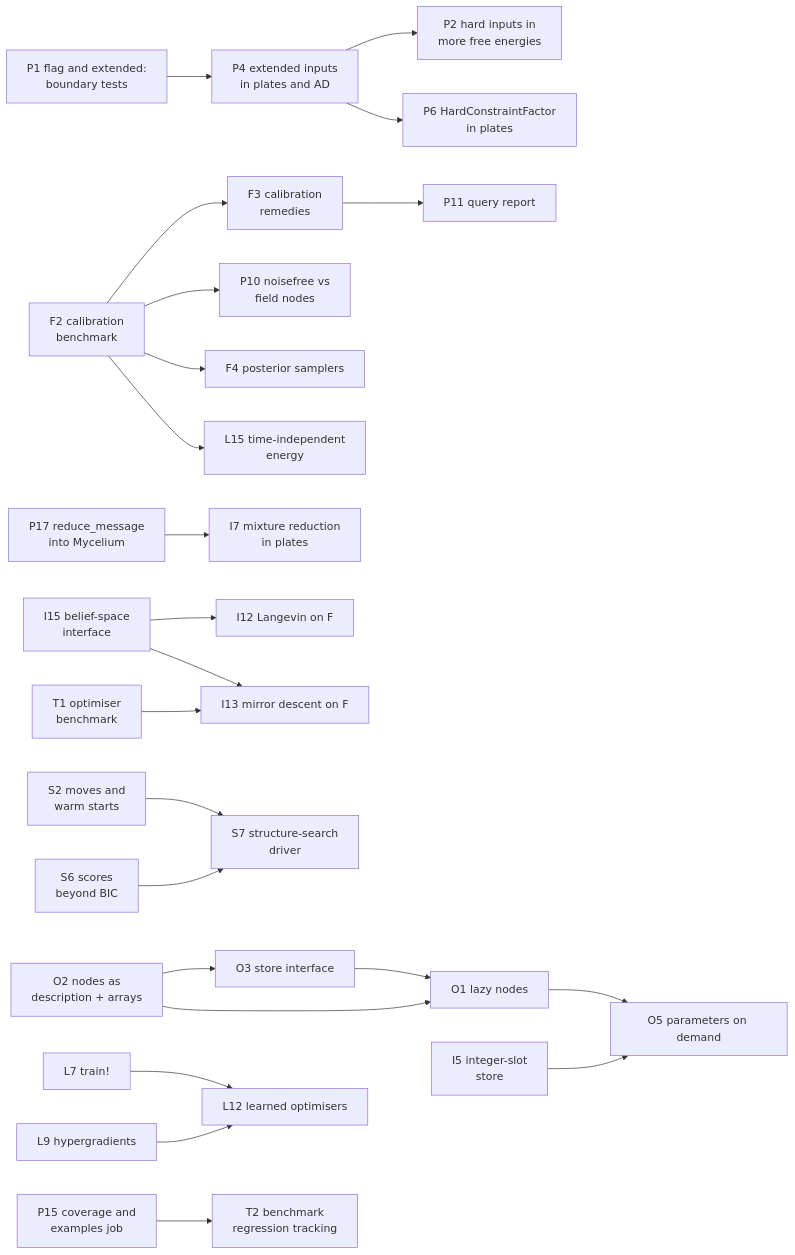
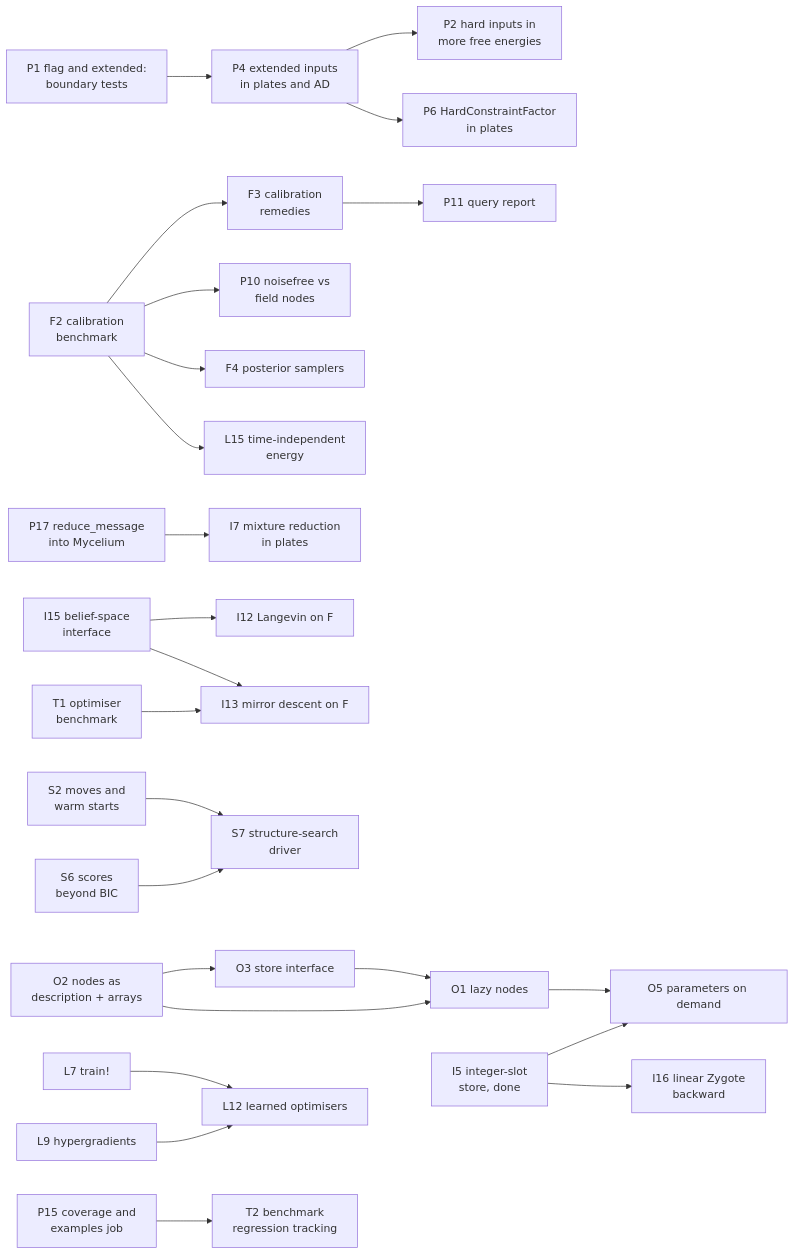
The diagram in vault/Project/Feature Backlog.md (MathStruct/Lenticulum.jl), drawn with Mermaid before and after one commit. The commit also changed other lines of this file and 14 other files, not shown here.

````diff
--- a/vault/Project/Feature Backlog.md
+++ b/vault/Project/Feature Backlog.md
@@ -25,25 +25,26 @@
 ```mermaid
 graph LR
   P1[P1 flag and extended:<br/>boundary tests] --> P4[P4 extended inputs<br/>in plates and AD]
   P4 --> P2[P2 hard inputs in<br/>more free energies]
   P4 --> P6[P6 HardConstraintFactor<br/>in plates]
   F2[F2 calibration<br/>benchmark] --> F3[F3 calibration<br/>remedies]
   F3 --> P11[P11 query report]
   F2 --> P10[P10 noisefree vs<br/>field nodes]
   F2 --> F4[F4 posterior samplers]
   F2 --> L15[L15 time-independent<br/>energy]
   P17[P17 reduce_message<br/>into Mycelium] --> I7[I7 mixture reduction<br/>in plates]
   I15[I15 belief-space<br/>interface] --> I12[I12 Langevin on F]
   I15 --> I13[I13 mirror descent on F]
   T1[T1 optimiser<br/>benchmark] --> I13
   O2[O2 nodes as<br/>description + arrays] --> O3[O3 store interface]
   O2 --> O1[O1 lazy nodes]
   O3 --> O1
   O1 --> O5[O5 parameters on demand]
-  I5[I5 integer-slot<br/>store] --> O5
+  I5[I5 integer-slot<br/>store, done] --> O5
+  I5 --> I16[I16 linear Zygote<br/>backward]
   S2[S2 moves and<br/>warm starts] --> S7[S7 structure-search<br/>driver]
   S6[S6 scores<br/>beyond BIC] --> S7
   L7[L7 train!] --> L12[L12 learned optimisers]
   L9[L9 hypergradients] --> L12
   P15[P15 coverage and<br/>examples job] --> T2[T2 benchmark<br/>regression tracking]
 ```
````
